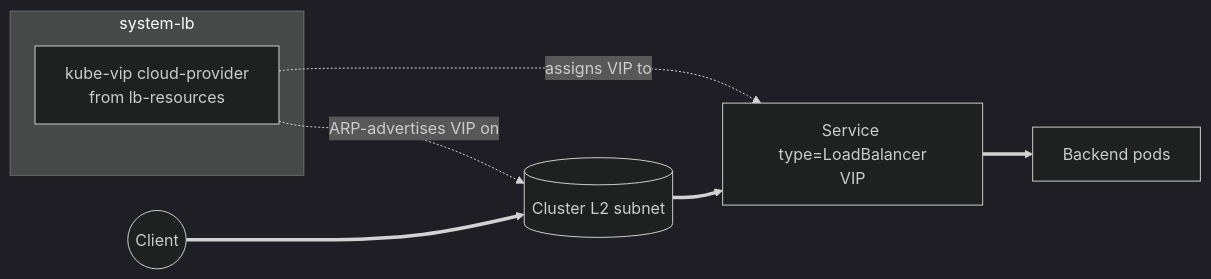
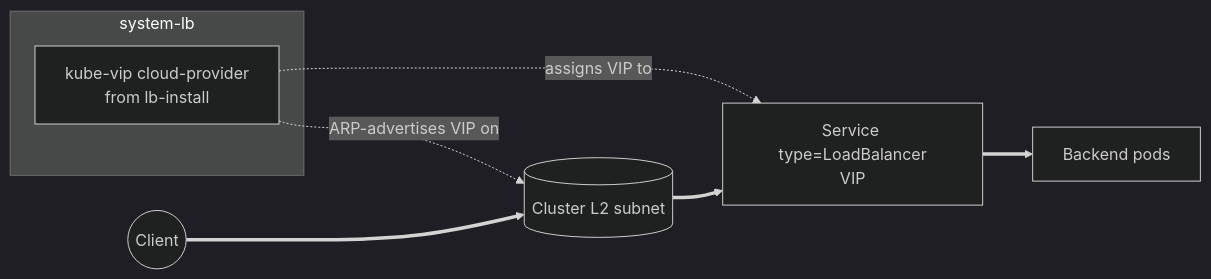
The third of 3 diagrams in kustomize/lb/README.md (windsorcli/core), drawn with Mermaid (dark theme) before and after one commit. The commit also changed other lines of this file and 32 other files, not shown here.

Commit message:
chore(lb): Refactor components to use install and resources tiers (#2203)

````diff
--- a/kustomize/lb/README.md
+++ b/kustomize/lb/README.md
@@ -116,16 +118,16 @@
 ```mermaid
 flowchart LR
   client((Client))
 
   subgraph systemlb[system-lb]
-    kubevip[kube-vip cloud-provider<br/>from lb-resources]
+    kubevip[kube-vip cloud-provider<br/>from lb-install]
   end
 
   net[(Cluster L2 subnet)]
   svc[Service type=LoadBalancer<br/>VIP]
   pods[Backend pods]
 
   kubevip -. assigns VIP to .-> svc
   kubevip -. ARP-advertises VIP on .-> net
   client ==> net ==> svc ==> pods
 ```
````
